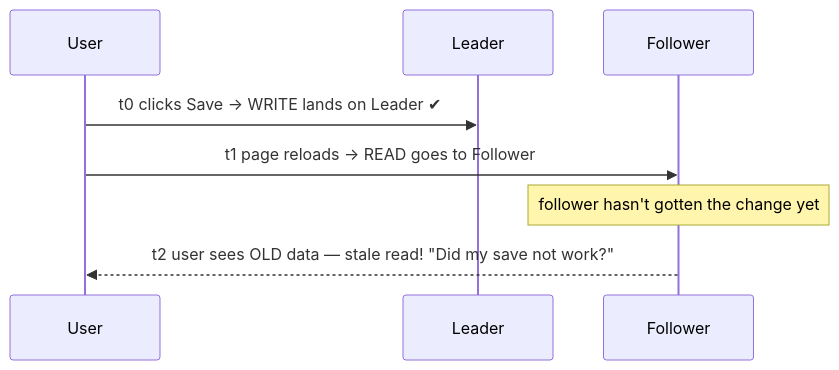
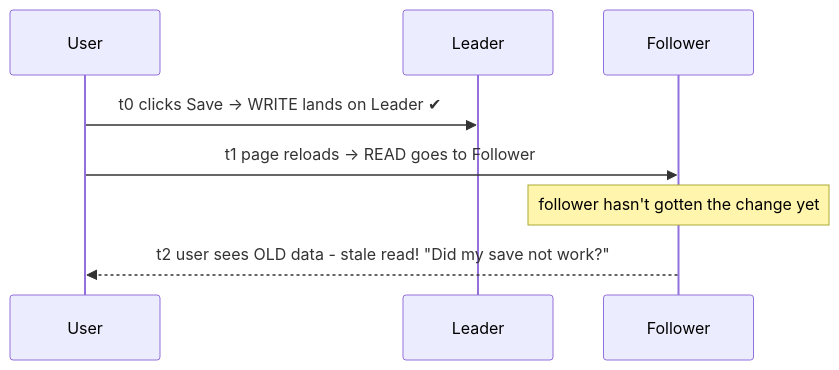
The second of 2 diagrams in guides/databases/scaling-a-database/02-replication.md (Topurrra/themissingmanual), drawn with Mermaid before and after one commit. The commit also changed other lines of this file and 1009 other files, not shown here.

Commit message:
added powerbi,c,c++,ui fixes,request guide on header,updated old guides with new data

````diff
--- a/guides/databases/scaling-a-database/02-replication.md
+++ b/guides/databases/scaling-a-database/02-replication.md
@@ -59,10 +59,10 @@
 ```mermaid
 sequenceDiagram
   participant U as User
   participant L as Leader
   participant F as Follower
   U->>L: t0 clicks Save → WRITE lands on Leader ✔
   U->>F: t1 page reloads → READ goes to Follower
   Note over F: follower hasn't gotten the change yet
-  F-->>U: t2 user sees OLD data — stale read! "Did my save not work?"
+  F-->>U: t2 user sees OLD data - stale read! "Did my save not work?"
 ```
````
